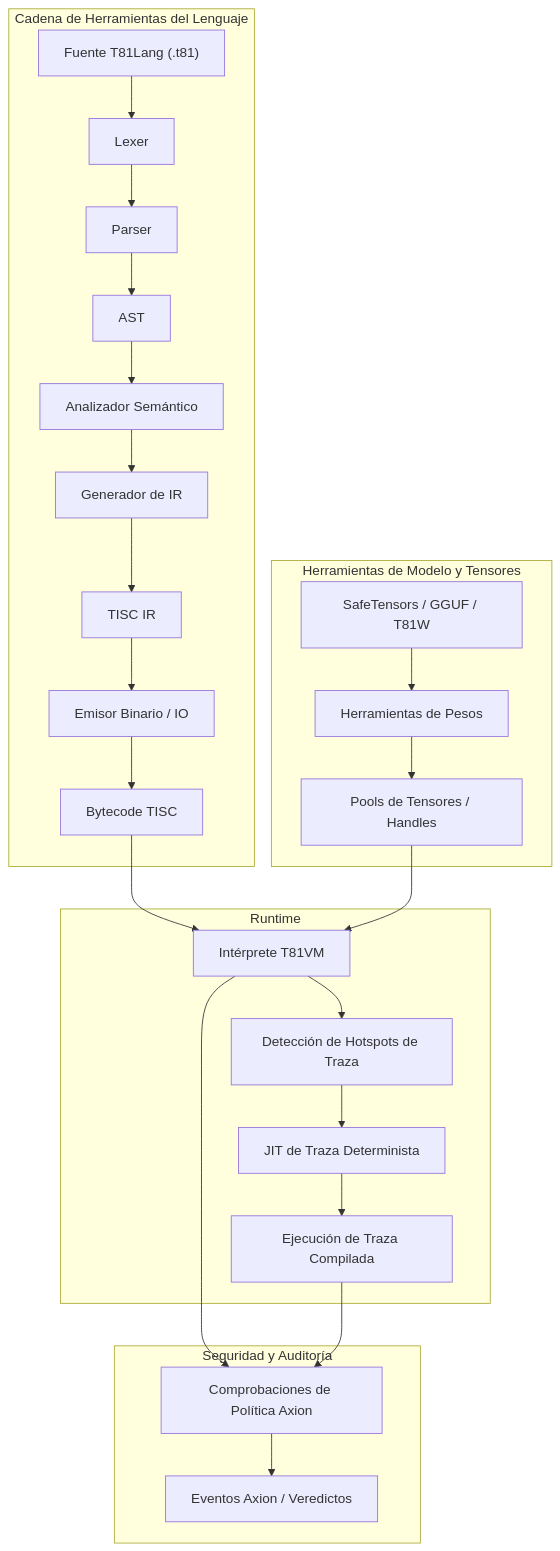
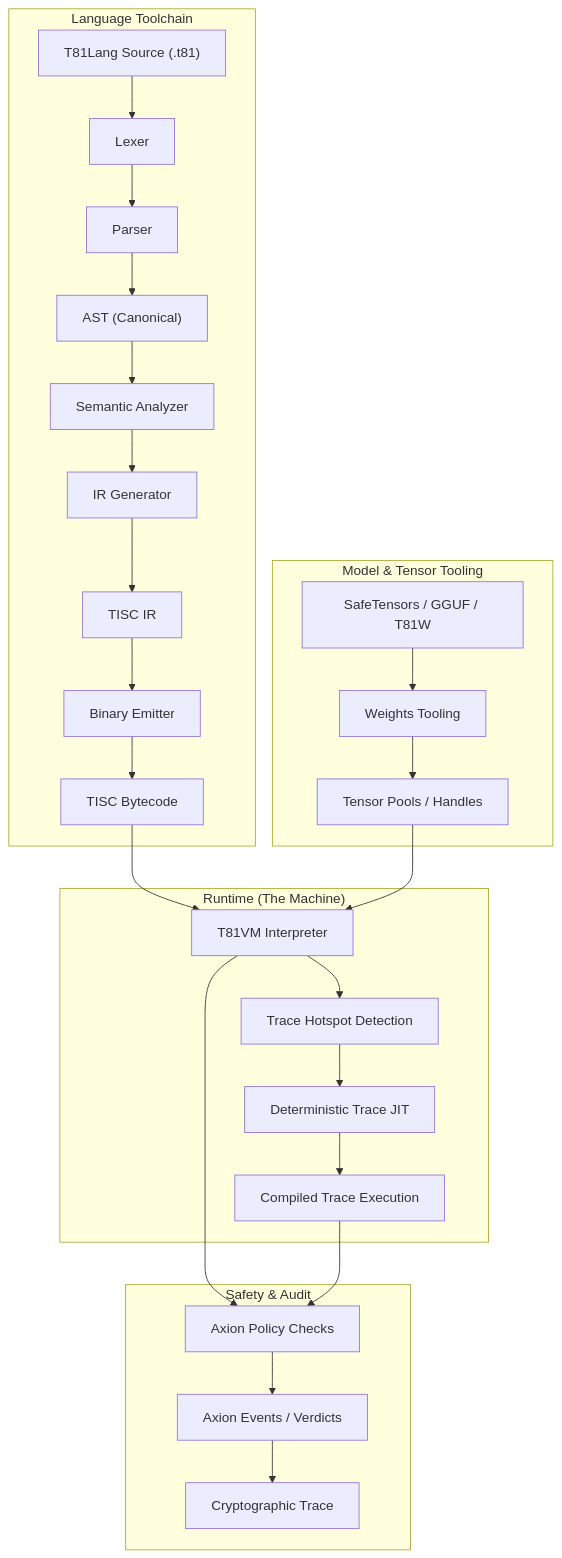
The diagram in book-es/03_Arquitectura.md (ryansctt1994-sudo/t81-foundation), drawn with Mermaid before and after one commit. The commit also changed other lines of this file and 59 other files, not shown here.

````diff
--- a/book-es/03_Arquitectura.md
+++ b/book-es/03_Arquitectura.md
@@ -9,29 +13,30 @@
 ```mermaid
 graph TD
-    subgraph "Cadena de Herramientas del Lenguaje"
-        A["Fuente T81Lang (.t81)"] --> B[Lexer]
+    subgraph "Language Toolchain"
+        A["T81Lang Source (.t81)"] --> B[Lexer]
         B --> C[Parser]
-        C --> D[AST]
-        D --> E["Analizador Semántico"]
-        E --> F["Generador de IR"]
+        C --> D["AST (Canonical)"]
+        D --> E["Semantic Analyzer"]
+        E --> F["IR Generator"]
         F --> G["TISC IR"]
-        G --> H["Emisor Binario / IO"]
-        H --> I["Bytecode TISC"]
+        G --> H["Binary Emitter"]
+        H --> I["TISC Bytecode"]
     end
-    subgraph "Runtime"
-        I --> J["Intérprete T81VM"]
-        J --> K["Detección de Hotspots de Traza"]
-        K --> L["JIT de Traza Determinista"]
-        L --> M["Ejecución de Traza Compilada"]
+    subgraph "Runtime (The Machine)"
+        I --> J["T81VM Interpreter"]
+        J --> K["Trace Hotspot Detection"]
+        K --> L["Deterministic Trace JIT"]
+        L --> M["Compiled Trace Execution"]
     end
-    subgraph "Seguridad y Auditoría"
-        J --> N["Comprobaciones de Política Axion"]
+    subgraph "Safety & Audit"
+        J --> N["Axion Policy Checks"]
         M --> N
-        N --> O["Eventos Axion / Veredictos"]
+        N --> O["Axion Events / Verdicts"]
+        O --> TR["Cryptographic Trace"]
     end
-    subgraph "Herramientas de Modelo y Tensores"
-        P["SafeTensors / GGUF / T81W"] --> Q["Herramientas de Pesos"]
-        Q --> R["Pools de Tensores / Handles"]
+    subgraph "Model & Tensor Tooling"
+        P["SafeTensors / GGUF / T81W"] --> Q["Weights Tooling"]
+        Q --> R["Tensor Pools / Handles"]
         R --> J
     end
 ```
````
